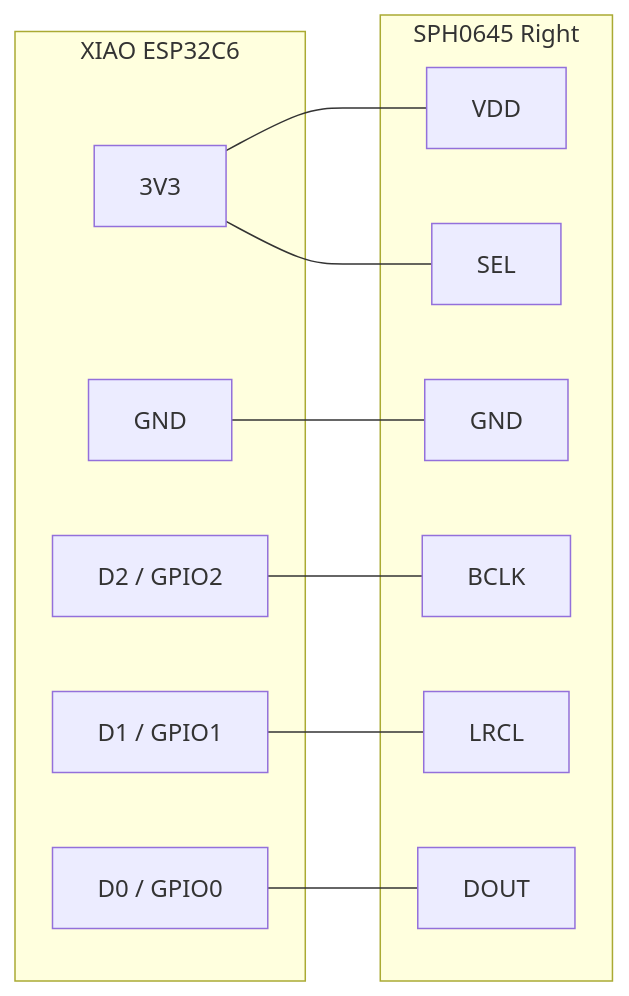
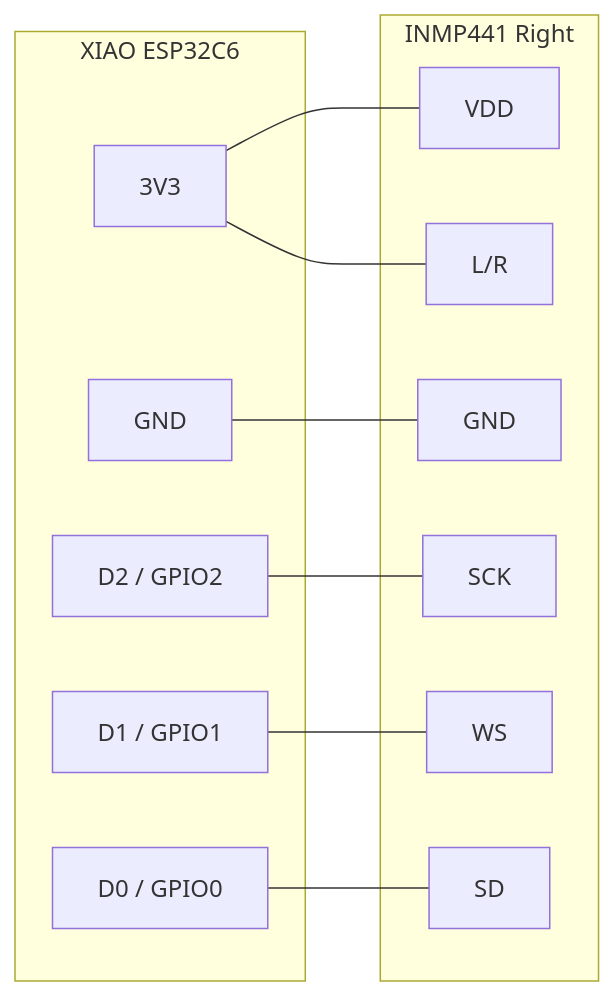
Before and after one commit to hashtagcyber/prawnd: the second of 4 diagrams in hardware/wiring.md, drawn with Mermaid. The commit also changed other lines of this file and 2 other files, not shown here.

First line of the commit message:
hardware: swap mic to INMP441 in wiring docs

````diff
--- a/hardware/wiring.md
+++ b/hardware/wiring.md
@@ -72,24 +73,24 @@
 ```mermaid
 flowchart LR
     subgraph XIAO[XIAO ESP32C6]
         X3V3[3V3]
         XGND[GND]
         XD2[D2 / GPIO2]
         XD1[D1 / GPIO1]
         XD0[D0 / GPIO0]
     end
-    subgraph MR[SPH0645 Right]
+    subgraph MR[INMP441 Right]
         RV[VDD]
         RG[GND]
-        RB[BCLK]
-        RW[LRCL]
-        RO[DOUT]
-        RS[SEL]
+        RB[SCK]
+        RW[WS]
+        RO[SD]
+        RS[L/R]
     end
     X3V3 --- RV
     X3V3 --- RS
     XGND --- RG
     XD2 --- RB
     XD1 --- RW
     XD0 --- RO
 ```
````
